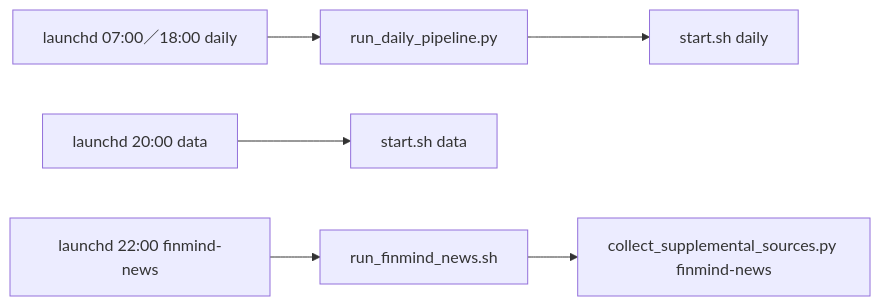
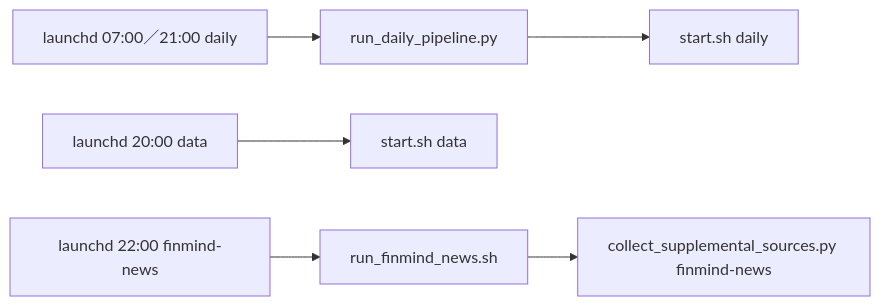
Before and after one commit to zxcvb8885123/ETF-AGENTS: the second of 2 diagrams in scripts/README.md, drawn with Mermaid. The commit also changed other lines of this file and 54 other files, not shown here.

````diff
--- a/scripts/README.md
+++ b/scripts/README.md
@@ -72,8 +74,8 @@
 ```mermaid
 flowchart LR
-    L1[launchd 07:00／18:00 daily] --> RDP[run_daily_pipeline.py]
+    L1[launchd 07:00／21:00 daily] --> RDP[run_daily_pipeline.py]
     L2[launchd 20:00 data] --> SA[start.sh data]
     L3[launchd 22:00 finmind-news] --> RFN[run_finmind_news.sh]
     RDP --> SD[start.sh daily]
     RFN --> CSS[collect_supplemental_sources.py finmind-news]
 ```
````
